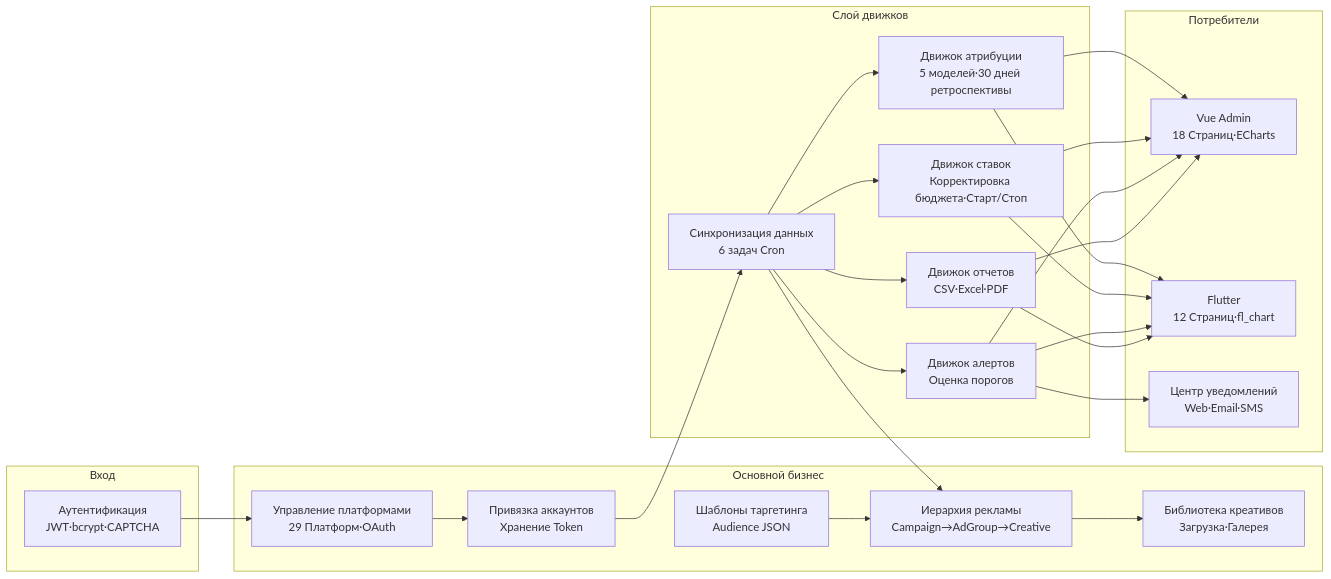
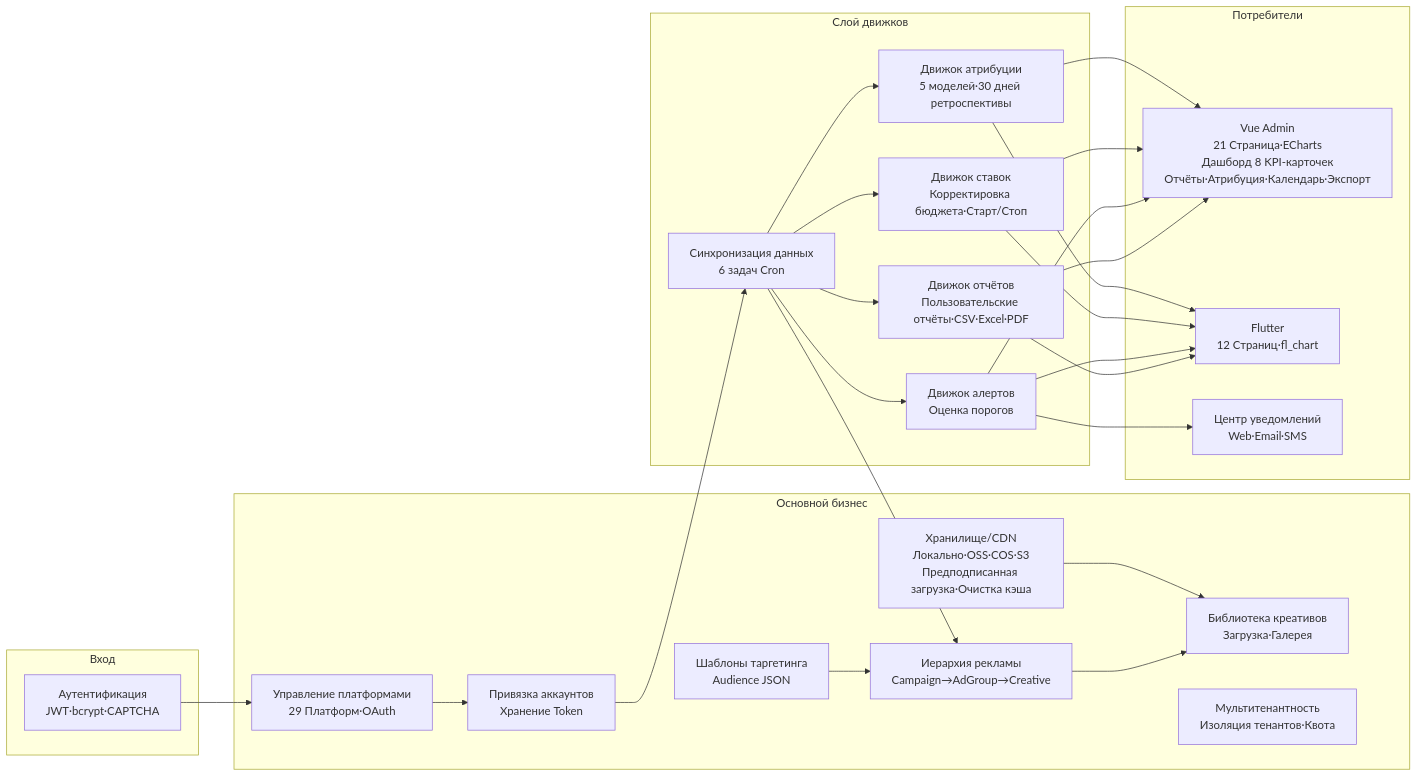
One commit to erikwang2013/ads-php changed the diagram in docs/diagrams/svg/functional-modules.ru.mmd. Above: the diagram before and after it, drawn with Mermaid. The commit also changed 64 other files, not shown here.

First line of the commit message:
docs(usage): 使用说明文档 ×13 语言 + 功能模块图更新 + README 使用说明链接

```diff
--- a/docs/diagrams/svg/functional-modules.ru.mmd
+++ b/docs/diagrams/svg/functional-modules.ru.mmd
@@ -1,29 +1,32 @@
 graph LR
     subgraph Entry["Вход"]
         A1["Аутентификация<br/>JWT·bcrypt·CAPTCHA"]
     end
     subgraph Core["Основной бизнес"]
         B1["Управление платформами<br/>29 Платформ·OAuth"]
         B2["Привязка аккаунтов<br/>Хранение Token"]
         B3["Иерархия рекламы<br/>Campaign→AdGroup→Creative"]
         B4["Библиотека креативов<br/>Загрузка·Галерея"]
         B5["Шаблоны таргетинга<br/>Audience JSON"]
+        B6["Хранилище/CDN<br/>Локально·OSS·COS·S3<br/>Предподписанная загрузка·Очистка кэша"]
+        B7["Мультитенантность<br/>Изоляция тенантов·Квота"]
     end
     subgraph Engine["Слой движков"]
         C1["Синхронизация данных<br/>6 задач Cron"]
-        C2["Движок отчетов<br/>CSV·Excel·PDF"]
+        C2["Движок отчётов<br/>Пользовательские отчёты·CSV·Excel·PDF"]
         C3["Движок алертов<br/>Оценка порогов"]
         C4["Движок ставок<br/>Корректировка бюджета·Старт/Стоп"]
         C5["Движок атрибуции<br/>5 моделей·30 дней ретроспективы"]
     end
     subgraph Endpoint["Потребители"]
-        D1["Vue Admin<br/>18 Страниц·ECharts"]
+        D1["Vue Admin<br/>21 Страница·ECharts<br/>Дашборд 8 KPI-карточек<br/>Отчёты·Атрибуция·Календарь·Экспорт"]
         D2["Flutter<br/>12 Страниц·fl_chart"]
         D3["Центр уведомлений<br/>Web·Email·SMS"]
     end
     A1 --> B1 --> B2 --> C1
     C1 --> B3 --> B4
     B5 --> B3
+    B6 --> B4
     C1 --> C2 & C3 & C4 & C5
     C2 & C3 & C4 & C5 --> D1 & D2
     C3 --> D3
```
